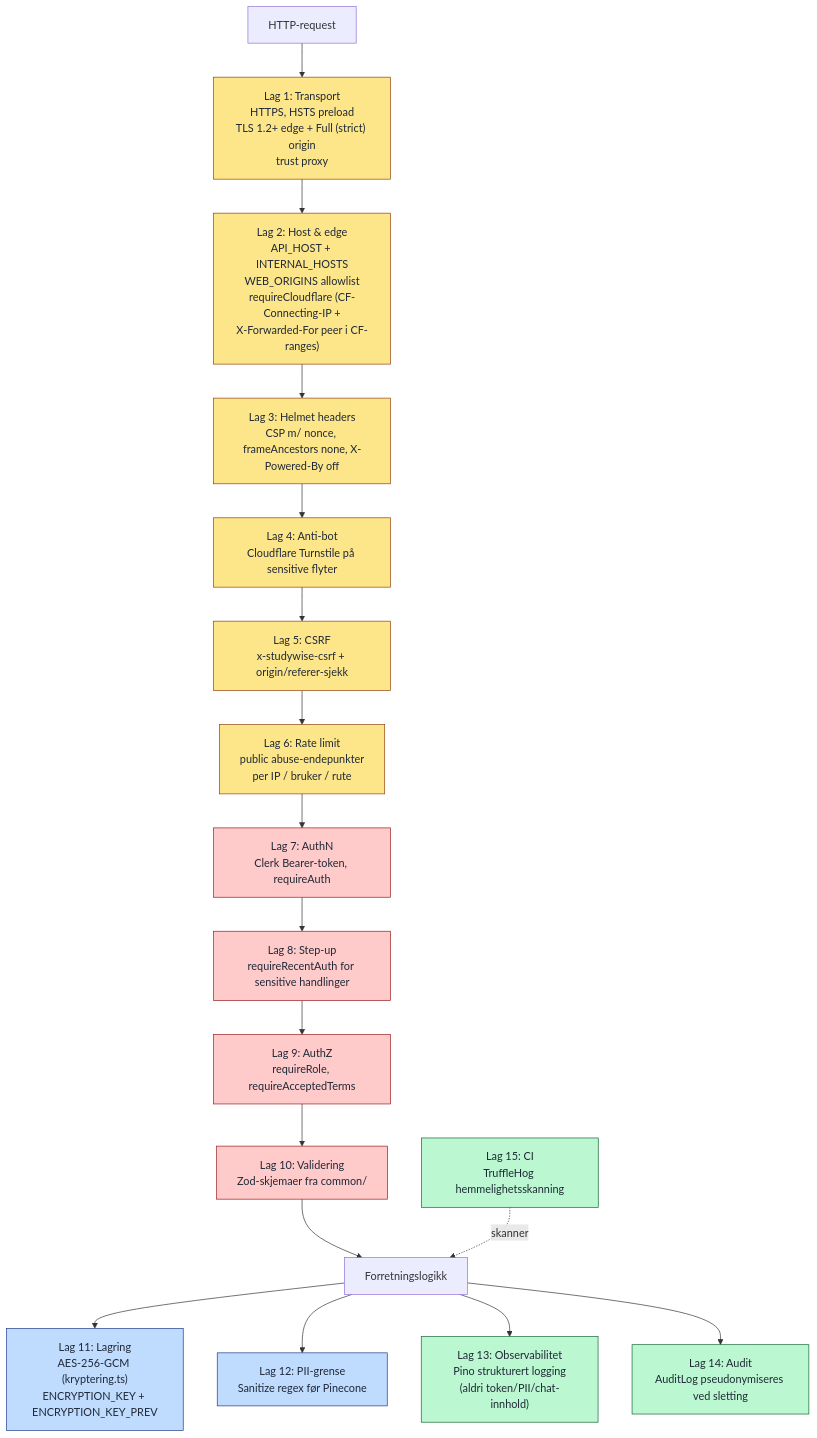
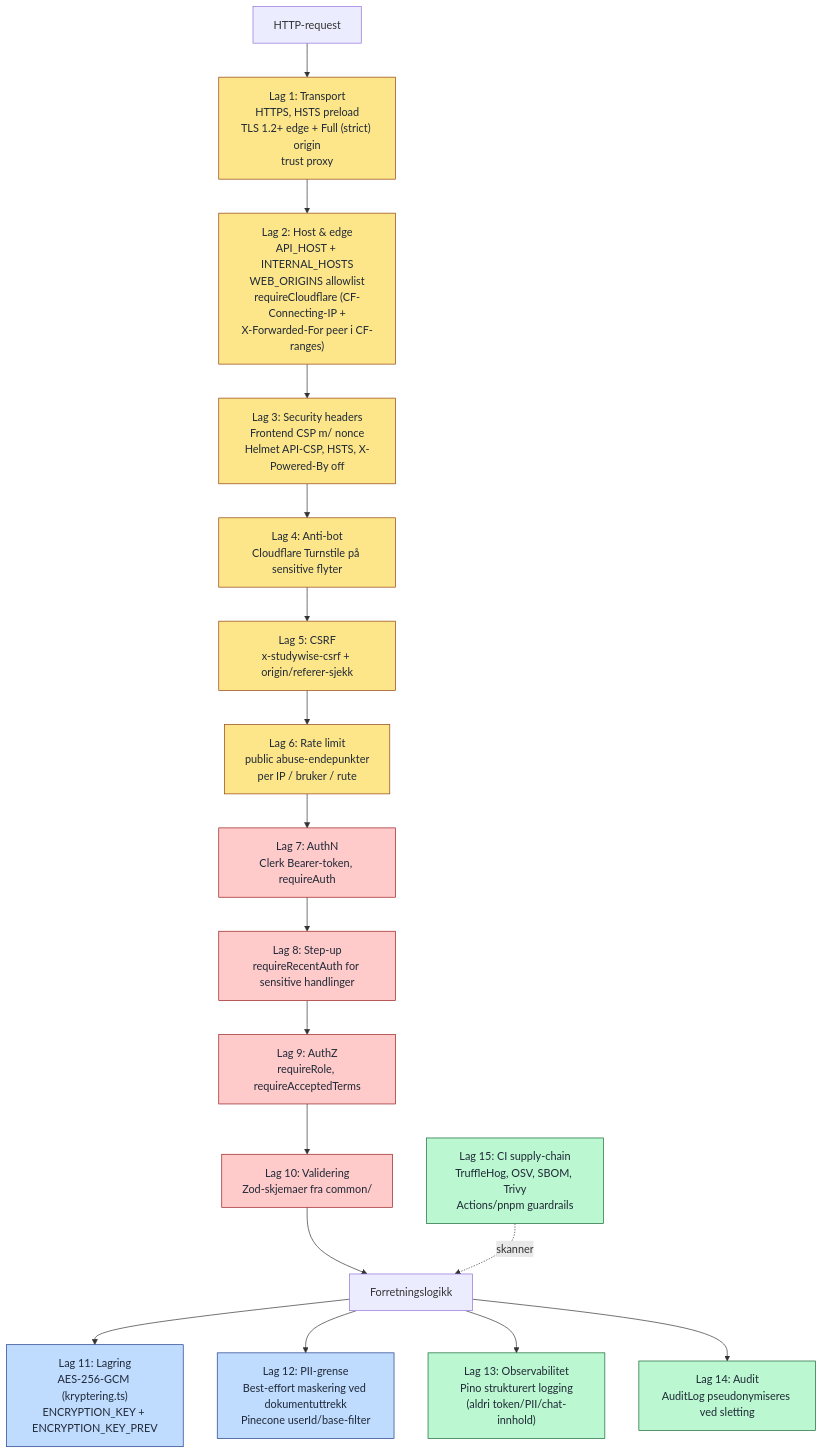
Before and after one commit to 26zl/StudyWise: the diagram in filer_prosjekt/diagrammer/11-sikkerhetslag.md, drawn with Mermaid. The commit also changed 67 other files, not shown here.

Commit message:
Mitigert for supply chain attacks og oppdatert diagrammer.

````diff
--- a/filer_prosjekt/diagrammer/11-sikkerhetslag.md
+++ b/filer_prosjekt/diagrammer/11-sikkerhetslag.md
@@ -5,36 +5,36 @@
 ```mermaid
 flowchart TB
     REQ["HTTP-request"]
     L1["Lag 1: Transport<br/>HTTPS, HSTS preload<br/>TLS 1.2+ edge + Full (strict) origin<br/>trust proxy"]
     L2["Lag 2: Host & edge<br/>API_HOST + INTERNAL_HOSTS<br/>WEB_ORIGINS allowlist<br/>requireCloudflare (CF-Connecting-IP +<br/>X-Forwarded-For peer i CF-ranges)"]
-    L3["Lag 3: Helmet headers<br/>CSP m/ nonce, frameAncestors none, X-Powered-By off"]
+    L3["Lag 3: Security headers<br/>Frontend CSP m/ nonce<br/>Helmet API-CSP, HSTS, X-Powered-By off"]
     L4["Lag 4: Anti-bot<br/>Cloudflare Turnstile på sensitive flyter"]
     L5["Lag 5: CSRF<br/>x-studywise-csrf + origin/referer-sjekk"]
     L6["Lag 6: Rate limit<br/>public abuse-endepunkter<br/>per IP / bruker / rute"]
     L7["Lag 7: AuthN<br/>Clerk Bearer-token, requireAuth"]
     L8["Lag 8: Step-up<br/>requireRecentAuth for sensitive handlinger"]
     L9["Lag 9: AuthZ<br/>requireRole, requireAcceptedTerms"]
     L10["Lag 10: Validering<br/>Zod-skjemaer fra common/"]
     L11["Lag 11: Lagring<br/>AES-256-GCM (kryptering.ts)<br/>ENCRYPTION_KEY + ENCRYPTION_KEY_PREV"]
-    L12["Lag 12: PII-grense<br/>Sanitize regex før Pinecone"]
+    L12["Lag 12: PII-grense<br/>Best-effort maskering ved dokumentuttrekk<br/>Pinecone userId/base-filter"]
     L13["Lag 13: Observabilitet<br/>Pino strukturert logging<br/>(aldri token/PII/chat-innhold)"]
     L14["Lag 14: Audit<br/>AuditLog pseudonymiseres ved sletting"]
-    L15["Lag 15: CI<br/>TruffleHog hemmelighetsskanning"]
+    L15["Lag 15: CI supply-chain<br/>TruffleHog, OSV, SBOM, Trivy<br/>Actions/pnpm guardrails"]
     APP["Forretningslogikk"]
 
     REQ --> L1 --> L2 --> L3 --> L4 --> L5 --> L6 --> L7 --> L8 --> L9 --> L10 --> APP
     APP --> L11
     APP --> L12
     APP --> L13
     APP --> L14
     L15 -.skanner.-> APP
 
     classDef edge fill:#fde68a,stroke:#92400e,color:#1f2937
     classDef auth fill:#fecaca,stroke:#991b1b,color:#1f2937
     classDef data fill:#bfdbfe,stroke:#1e3a8a,color:#1f2937
     classDef ops fill:#bbf7d0,stroke:#166534,color:#1f2937
     class L1,L2,L3,L4,L5,L6 edge
     class L7,L8,L9,L10 auth
     class L11,L12 data
     class L13,L14,L15 ops
 ```
````
